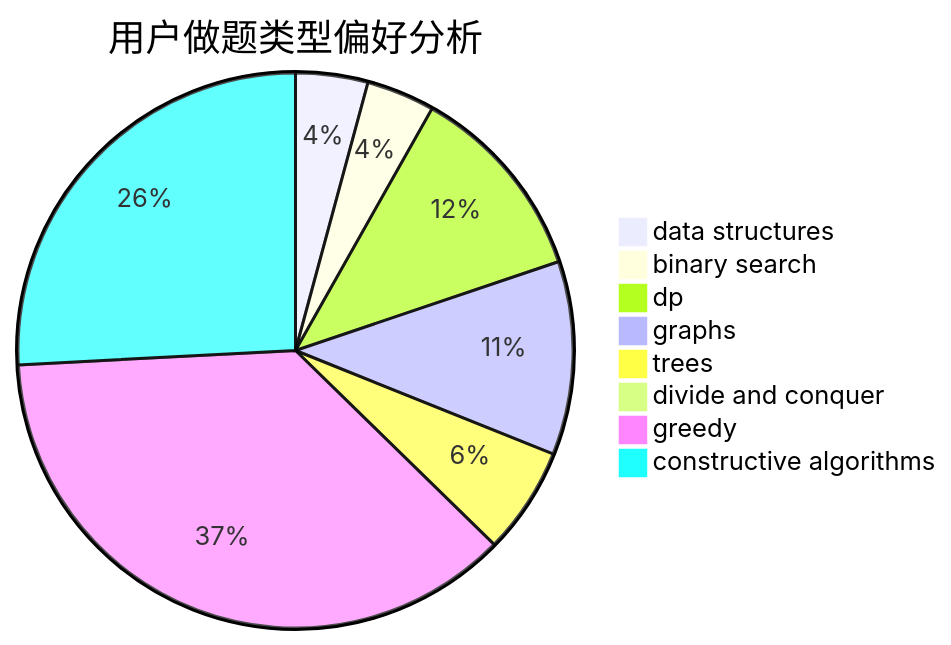
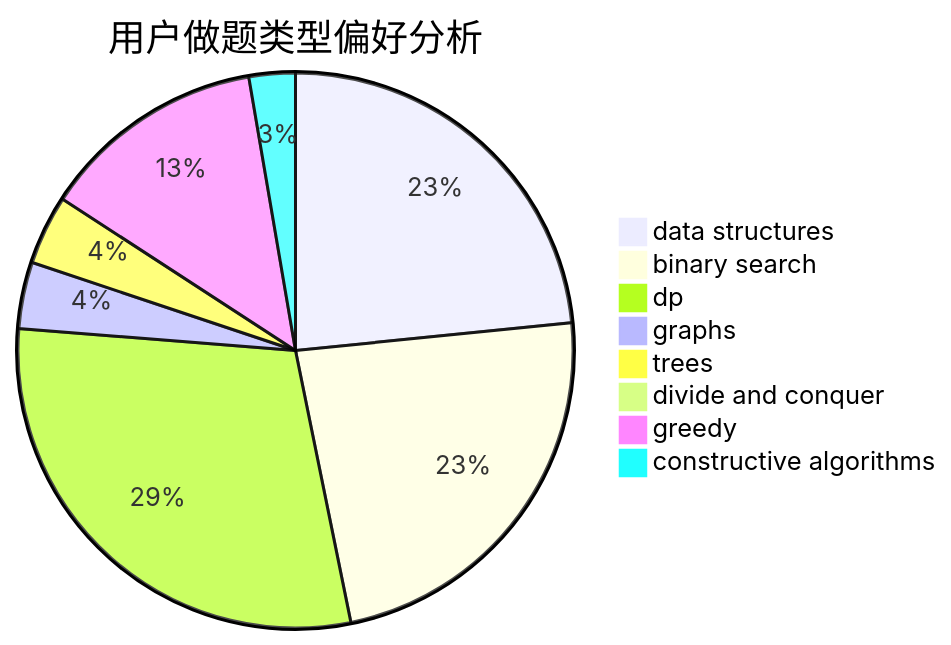
The second of 3 diagrams in docs/user/u1121.md (sherpahu/cfrs.github.io), drawn with Mermaid before and after one commit. The commit also changed other lines of this file and 2770 other files, not shown here.

````diff
--- a/docs/user/u1121.md
+++ b/docs/user/u1121.md
@@ -23,11 +23,11 @@
 ```mermaid
 pie title 用户做题类型偏好分析
-    "data structures" :  56
-    "binary search" :  53
-    "dp" :  155
-    "graphs" :  150
-    "trees" :  83
+    "data structures" :  139
+    "binary search" :  139
+    "dp" :  175
+    "graphs" :  23
+    "trees" :  24
     "divide and conquer" :  0
-    "greedy" :  491
-    "constructive algorithms" :  344
+    "greedy" :  78
+    "constructive algorithms" :  16
 ```
````
